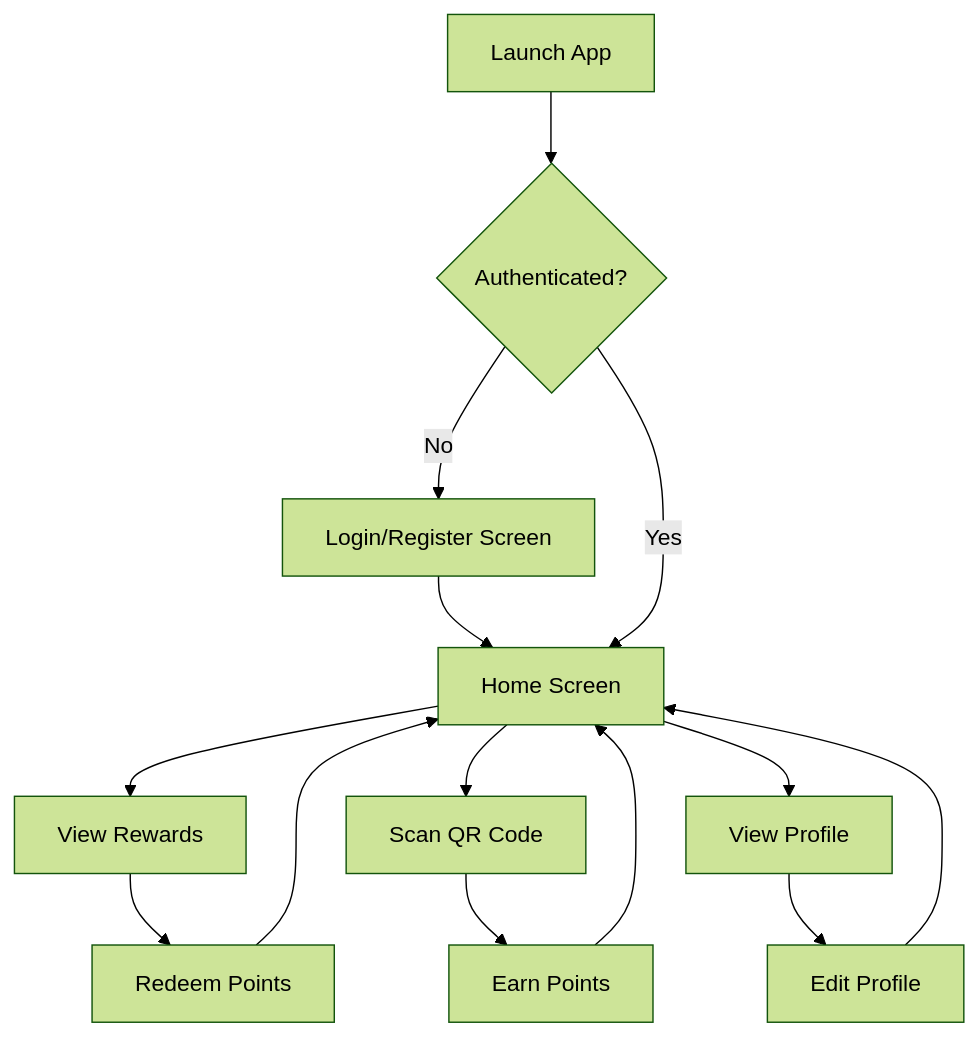
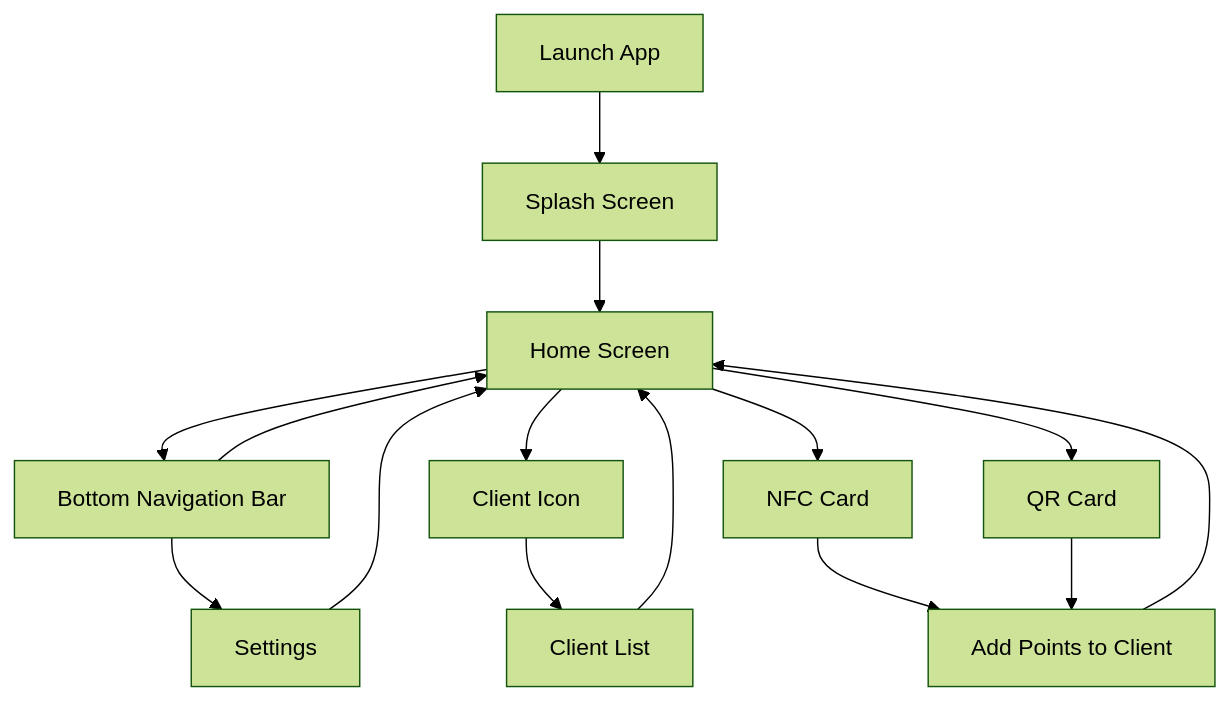
One commit to yasxEd/PopcardApp changed the diagram in README.md. Above: the diagram before and after it, drawn with Mermaid (forest theme). The commit also changed other lines of this file, not shown here.

````diff
--- a/README.md
+++ b/README.md
@@ -52,16 +53,24 @@
 ```mermaid
 flowchart TD
-    A[Launch App] --> B{Authenticated?}
-    B -- No --> C[Login/Register Screen]
-    C --> D[Home Screen]
-    B -- Yes --> D[Home Screen]
-    D --> E[View Rewards]
-    D --> F[Scan QR Code]
-    D --> G[View Profile]
-    E --> H[Redeem Points]
-    F --> I[Earn Points]
-    G --> J[Edit Profile]
-    H --> D
-    I --> D
-    J --> D
+    A[Launch App] --> A1[Splash Screen]
+    A1 --> D[Home Screen]
+    
+    D --> BNB[Bottom Navigation Bar]
+    
+    BNB --> D
+    BNB --> S[Settings]
+
+    D --> CI[Client Icon]
+    CI --> CL[Client List]
+
+    D --> NFC[NFC Card]
+    D --> QR[QR Card]
+
+    NFC --> AP[Add Points to Client]
+    QR --> AP
+
+    AP --> D
+    CL --> D
+    S --> D
+
 ```
````
